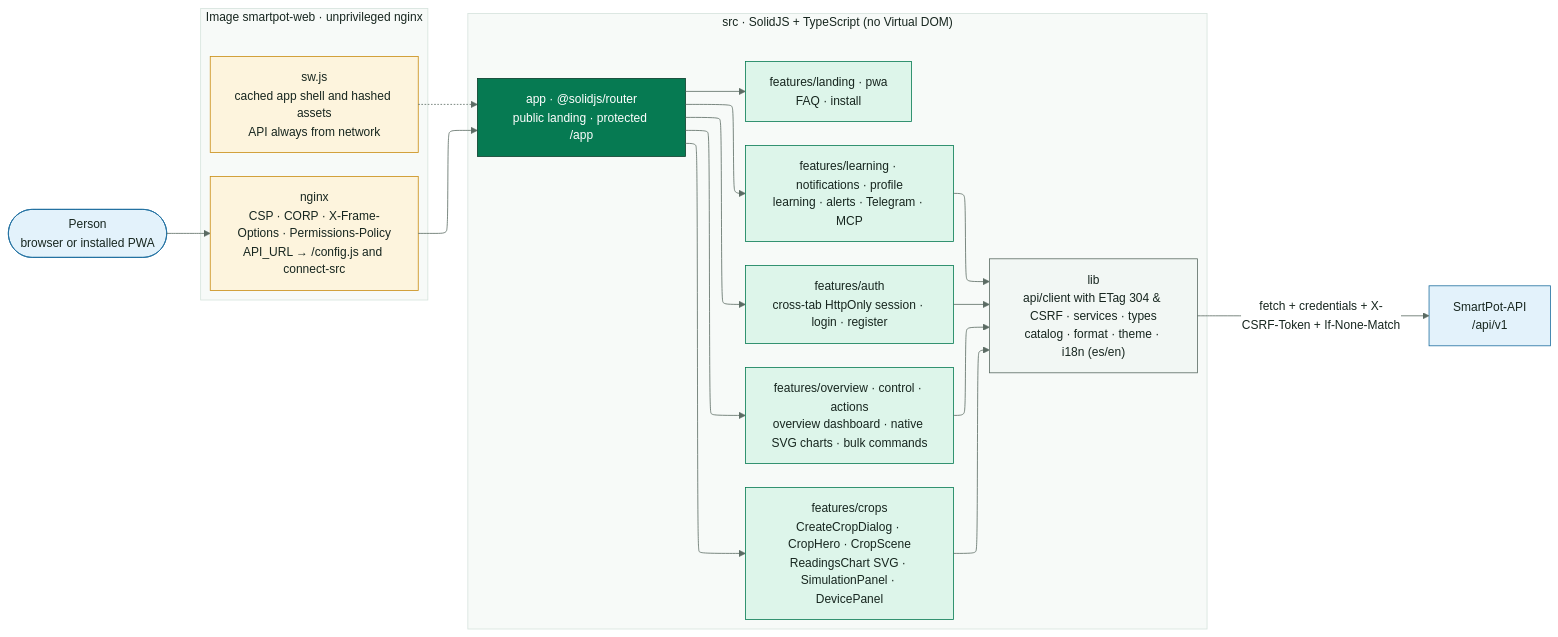
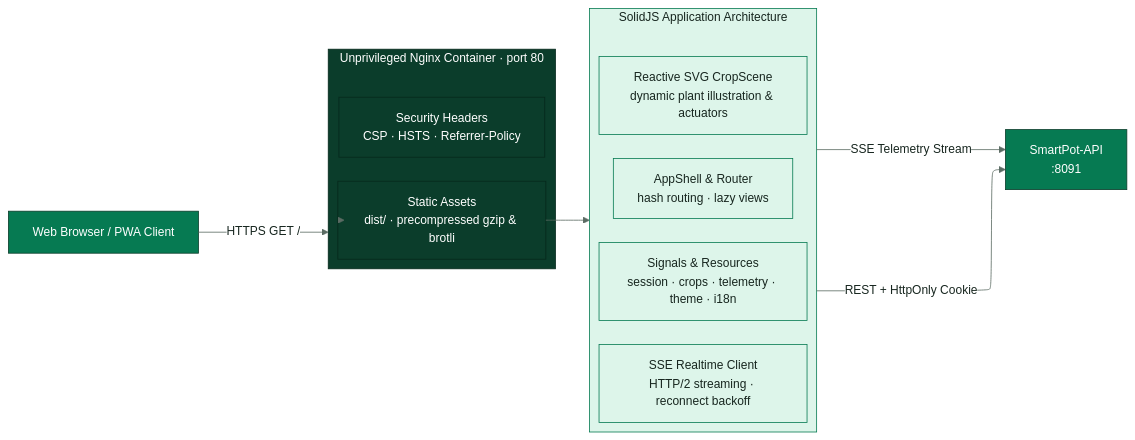
The first of 4 diagrams in docs/SmartPot_Web_Solid_Documentation.md (SmartPotTech/SmartPot-Web), drawn with Mermaid before and after one commit. The commit also changed other lines of this file and 14 other files, not shown here.

Commit message:
docs(specs): synchronize 100% english documentation, diagrams, and formal deliverables

````diff
--- a/docs/SmartPot_Web_Solid_Documentation.md
+++ b/docs/SmartPot_Web_Solid_Documentation.md
@@ -49,38 +49,33 @@
 ```mermaid
 %%{init: {"theme": "base", "fontFamily": "Segoe UI, Arial, sans-serif", "themeVariables": {"fontFamily": "Segoe UI, Arial, sans-serif", "fontSize": "15px", "primaryColor": "#DDF5EA", "primaryTextColor": "#17261F", "primaryBorderColor": "#067A52", "secondaryColor": "#E3F2FB", "secondaryTextColor": "#17261F", "secondaryBorderColor": "#1F6FA0", "tertiaryColor": "#F2F7F4", "tertiaryTextColor": "#17261F", "tertiaryBorderColor": "#D5E3DC", "lineColor": "#5B6B63", "textColor": "#17261F", "mainBkg": "#DDF5EA", "nodeBorder": "#067A52", "clusterBkg": "#F7FAF8", "clusterBorder": "#D5E3DC", "edgeLabelBackground": "#FFFFFF", "actorBkg": "#067A52", "actorBorder": "#0B3D2B", "actorTextColor": "#FFFFFF", "actorLineColor": "#5B6B63", "signalColor": "#17261F", "signalTextColor": "#17261F", "labelBoxBkgColor": "#0B3D2B", "labelBoxBorderColor": "#0B3D2B", "labelTextColor": "#FFFFFF", "loopTextColor": "#0B3D2B", "noteBkgColor": "#FDF4DD", "noteBorderColor": "#C98D12", "noteTextColor": "#17261F", "activationBkgColor": "#DDF5EA", "activationBorderColor": "#067A52", "attributeBackgroundColorOdd": "#FFFFFF", "attributeBackgroundColorEven": "#F2F7F4"}, "layout": "elk", "elk": {"nodePlacementStrategy": "BRANDES_KOEPF", "mergeEdges": false, "cycleBreakingStrategy": "GREEDY"}}}%%
 flowchart LR
-  person(["Person<br/>browser or installed PWA"])
-  subgraph imagen["Image smartpot-web · unprivileged nginx"]
+  browser["Web Browser / PWA Client"]
+  subgraph nginx["Unprivileged Nginx Container · port 80"]
     direction TB
-    nginx["nginx<br/>CSP · CORP · X-Frame-Options · Permissions-Policy<br/>API_URL → /config.js and connect-src"]
-    sw["sw.js<br/>cached app shell and hashed assets<br/>API always from network"]
+    static["Static Assets<br/>dist/ · precompressed gzip & brotli"]
+    csp["Security Headers<br/>CSP · HSTS · Referrer-Policy"]
   end
-  subgraph app["src · SolidJS + TypeScript (no Virtual DOM)"]
+  subgraph solid["SolidJS Application Architecture"]
     direction TB
-    router["app · @solidjs/router<br/>public landing · protected /app"]
-    auth["features/auth<br/>cross-tab HttpOnly session · login · register"]
-    overview["features/overview · control · actions<br/>overview dashboard · native SVG charts · bulk commands"]
-    crops["features/crops<br/>CreateCropDialog · CropHero · CropScene<br/>ReadingsChart SVG · SimulationPanel · DevicePanel"]
-    learning["features/learning · notifications · profile<br/>learning · alerts · Telegram · MCP"]
-    landing["features/landing · pwa<br/>FAQ · install"]
-    lib["lib<br/>api/client with ETag 304 & CSRF · services · types<br/>catalog · format · theme · i18n (es/en)"]
+    shell["AppShell & Router<br/>hash routing · lazy views"]
+    state["Signals & Resources<br/>session · crops · telemetry · theme · i18n"]
+    scene["Reactive SVG CropScene<br/>dynamic plant illustration & actuators"]
+    sse["SSE Realtime Client<br/>HTTP/2 streaming · reconnect backoff"]
   end
-  api["SmartPot-API<br/>/api/v1"]
-  person --> nginx --> router
-  sw -.-> router
-  router --> auth & overview & crops & learning & landing
-  auth & overview & crops & learning --> lib
-  lib -->|"fetch + credentials + X-CSRF-Token + If-None-Match"| api
+  api["SmartPot-API<br/>:8091"]
+  browser -->|"HTTPS GET /"| nginx
+  nginx --> static
+  static --> solid
+  solid -->|"REST + HttpOnly Cookie"| api
+  solid -->|"SSE Telemetry Stream"| api
   classDef leaf fill:#DDF5EA,stroke:#067A52,color:#17261F
   classDef water fill:#E3F2FB,stroke:#1F6FA0,color:#17261F
   classDef sun fill:#FDF4DD,stroke:#C98D12,color:#17261F
   classDef clay fill:#FBE9E1,stroke:#B85A38,color:#17261F
   classDef core fill:#067A52,stroke:#0B3D2B,color:#FFFFFF
   classDef deep fill:#0B3D2B,stroke:#06281C,color:#FFFFFF
   classDef muted fill:#F2F7F4,stroke:#5B6B63,color:#17261F
-  class person,api water
-  class nginx,sw sun
-  class router core
-  class auth,overview,crops,learning,landing leaf
-  class lib muted
+  class browser,api core
+  class nginx,static,csp deep
+  class solid,shell,state,scene,sse leaf
 ```
````
